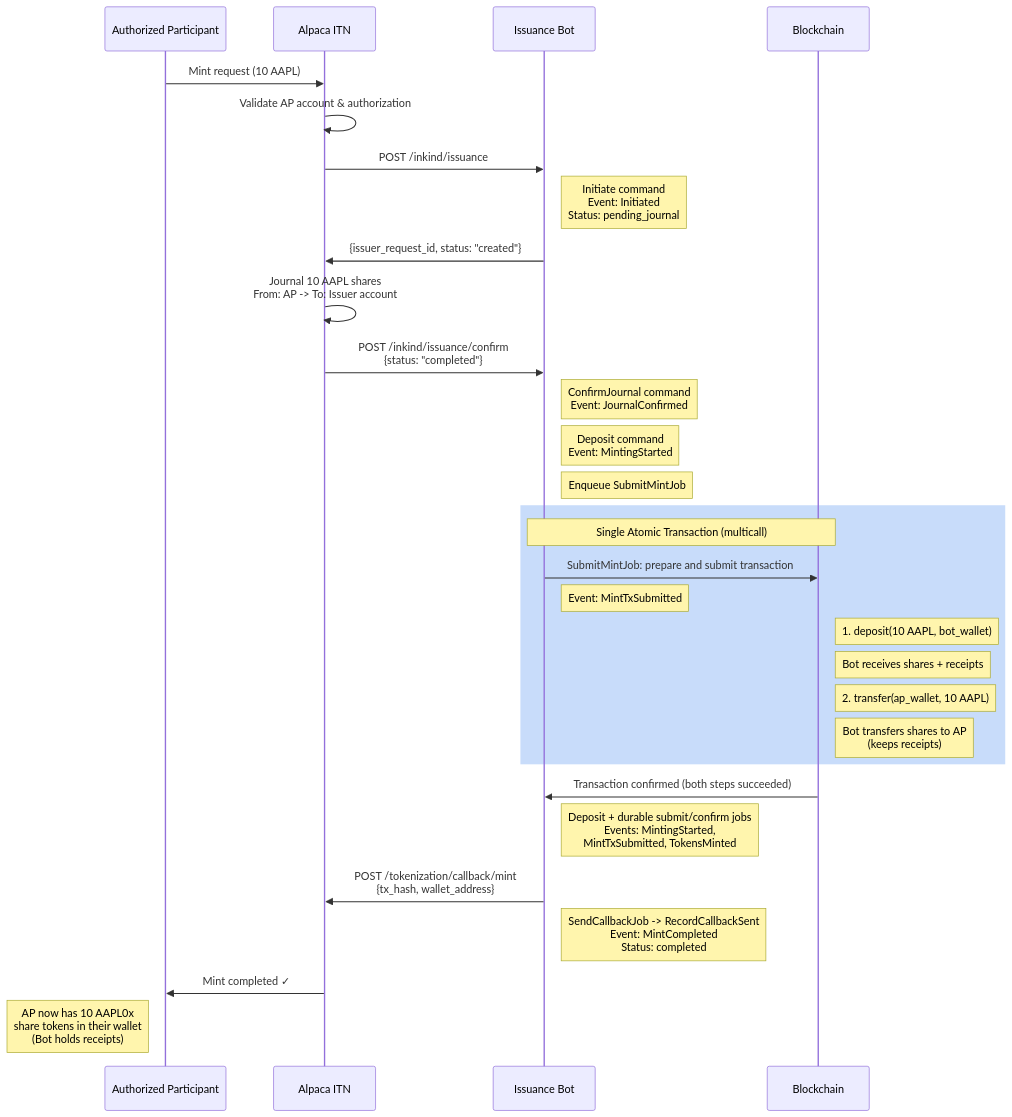
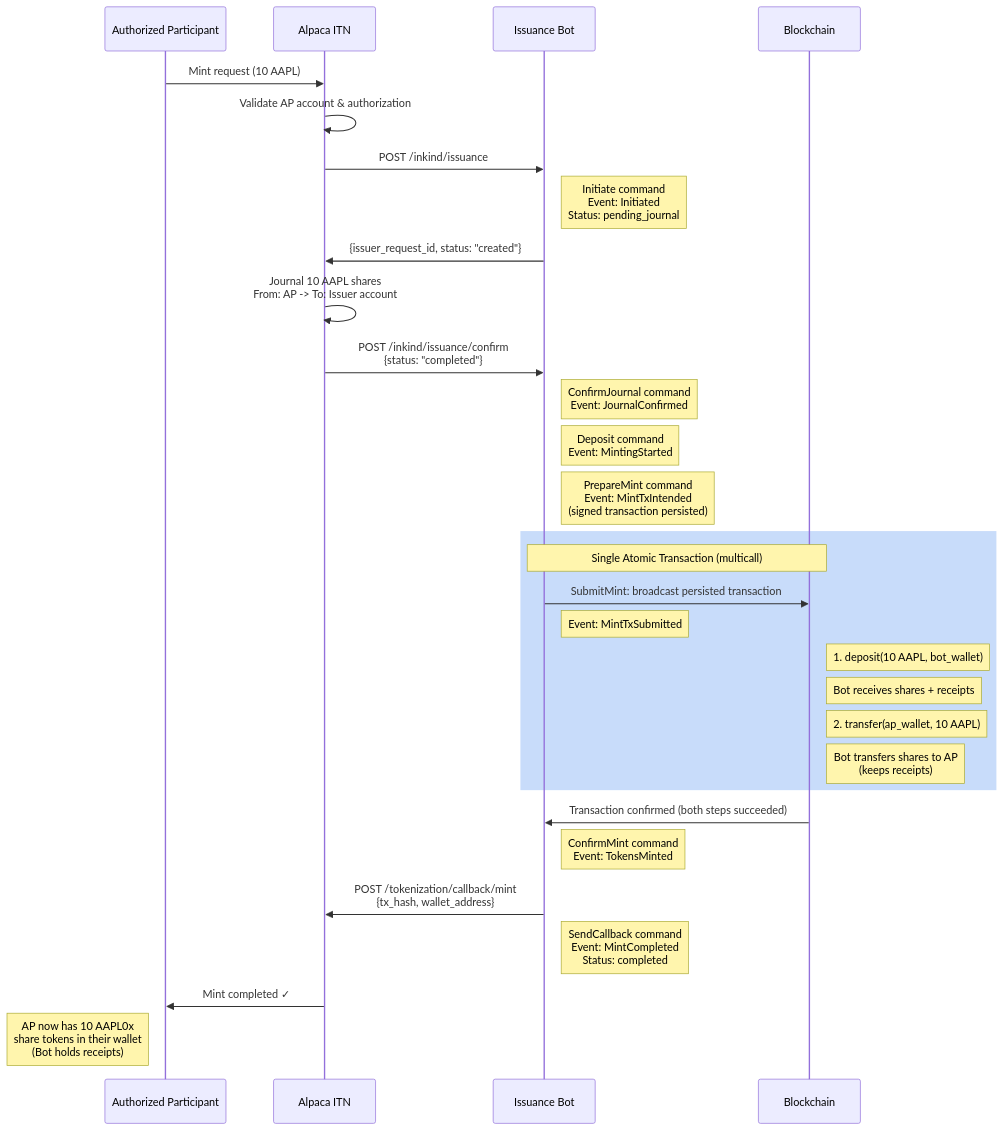
One commit to ST0x-Technology/st0x.issuance changed the third of 7 diagrams in SPEC.md. Above: the diagram before and after it, drawn with Mermaid. The commit also changed other lines of this file and 12 other files, not shown here.

````diff
--- a/SPEC.md
+++ b/SPEC.md
@@ -1377,37 +1415,37 @@
 ```mermaid
 sequenceDiagram
     participant AP as Authorized Participant
     participant Alpaca as Alpaca ITN
     participant Us as Issuance Bot
     participant Blockchain as Blockchain
 
     AP->>Alpaca: Mint request (10 AAPL)
     Alpaca->>Alpaca: Validate AP account & authorization
     Alpaca->>Us: POST /inkind/issuance
     Note right of Us: Initiate command<br/>Event: Initiated<br/>Status: pending_journal
     Us->>Alpaca: {issuer_request_id, status: "created"}
 
     Alpaca->>Alpaca: Journal 10 AAPL shares<br/>From: AP -> To: Issuer account
     Alpaca->>Us: POST /inkind/issuance/confirm<br/>{status: "completed"}
     Note right of Us: ConfirmJournal command<br/>Event: JournalConfirmed
     Note right of Us: Deposit command<br/>Event: MintingStarted
-    Note right of Us: Enqueue SubmitMintJob
+    Note right of Us: PrepareMint command<br/>Event: MintTxIntended<br/>(signed transaction persisted)
 
     rect rgb(200, 220, 250)
         Note over Us,Blockchain: Single Atomic Transaction (multicall)
-        Us->>Blockchain: SubmitMintJob: prepare and submit transaction
+        Us->>Blockchain: SubmitMint: broadcast persisted transaction
         Note right of Us: Event: MintTxSubmitted
         Note right of Blockchain: 1. deposit(10 AAPL, bot_wallet)
         Note right of Blockchain: Bot receives shares + receipts
         Note right of Blockchain: 2. transfer(ap_wallet, 10 AAPL)
         Note right of Blockchain: Bot transfers shares to AP<br/>(keeps receipts)
     end
     Blockchain->>Us: Transaction confirmed (both steps succeeded)
-    Note right of Us: Deposit + durable submit/confirm jobs<br/>Events: MintingStarted,<br/>MintTxSubmitted, TokensMinted
+    Note right of Us: ConfirmMint command<br/>Event: TokensMinted
 
     Us->>Alpaca: POST /tokenization/callback/mint<br/>{tx_hash, wallet_address}
-    Note right of Us: SendCallbackJob -> RecordCallbackSent<br/>Event: MintCompleted<br/>Status: completed
+    Note right of Us: SendCallback command<br/>Event: MintCompleted<br/>Status: completed
 
     Alpaca->>AP: Mint completed ✓
     Note left of AP: AP now has 10 AAPL0x<br/>share tokens in their wallet<br/>(Bot holds receipts)
 ```
````
